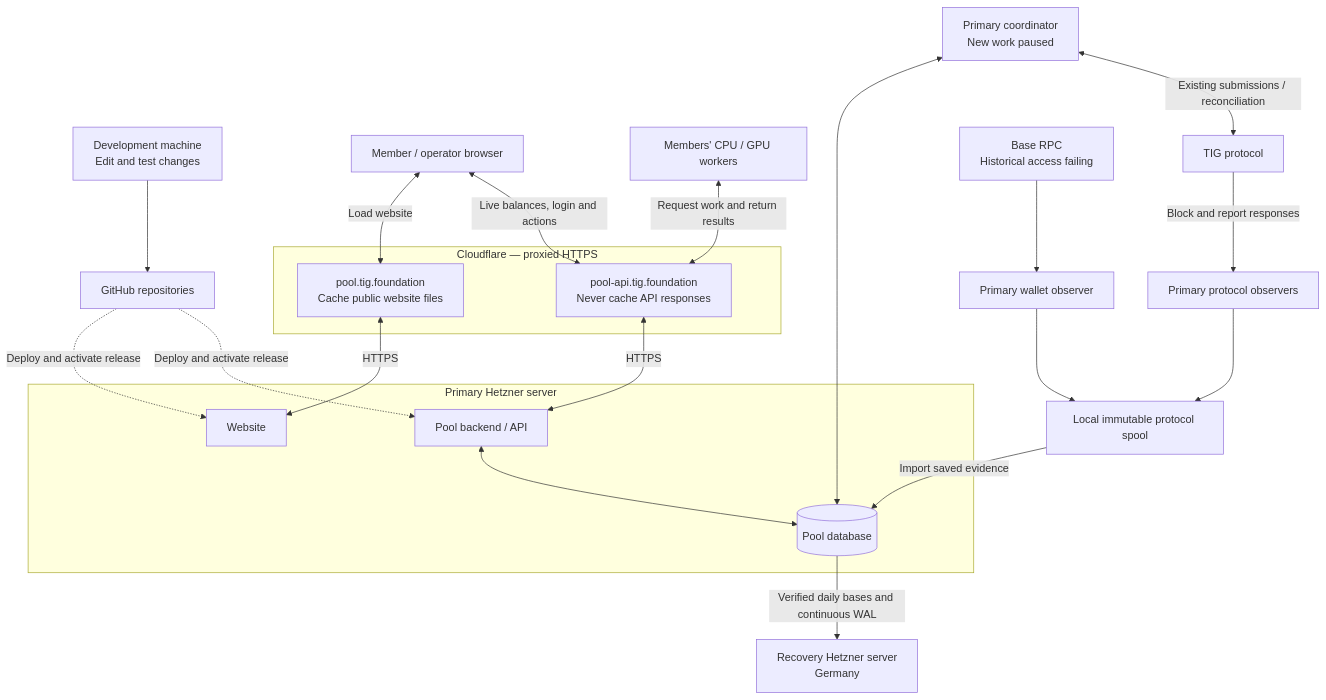
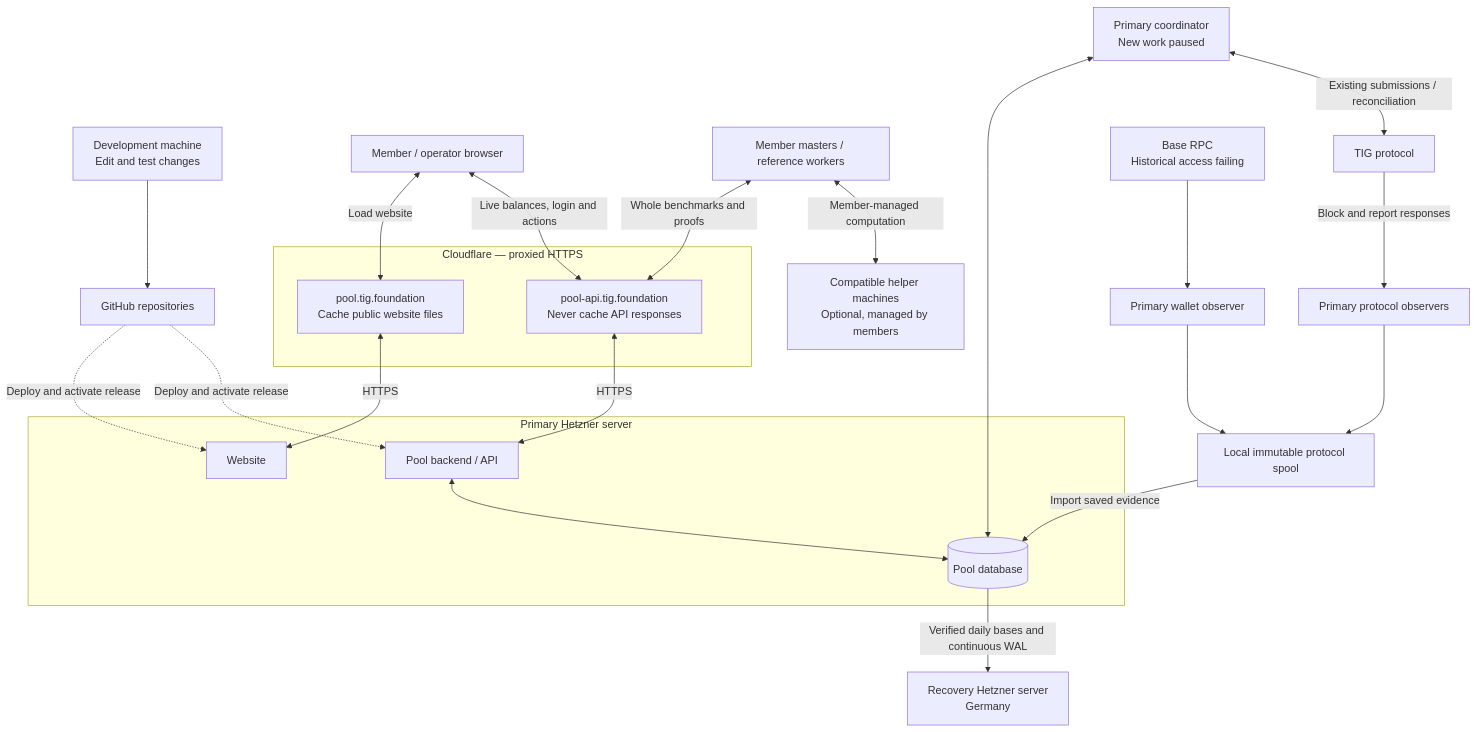
One commit to Daniel-T-S-Adams/tig-pool-v2 changed the diagram in docs/POOL_STRUCTURE.md. Above: the diagram before and after it, drawn with Mermaid. The commit also changed other lines of this file and 8 other files, not shown here.

Commit message:
Document member-managed master benchmark execution

````diff
--- a/docs/POOL_STRUCTURE.md
+++ b/docs/POOL_STRUCTURE.md
@@ -8,34 +9,35 @@
 ```mermaid
 flowchart TD
     Dev["Development machine<br/>Edit and test changes"] --> Git["GitHub repositories"]
     Git -.->|Deploy and activate release| Website
     Git -.->|Deploy and activate release| API
 
     Browser["Member / operator browser"] <-->|Load website| WebProxy
     Browser <-->|Live balances, login and actions| ApiProxy
-    Workers["Members' CPU / GPU workers"] <-->|Request work and return results| ApiProxy
+    Workers["Member masters / reference workers"] <-->|Whole benchmarks and proofs| ApiProxy
+    Workers <-->|Member-managed computation| Helpers["Compatible helper machines<br/>Optional, managed by members"]
 
     subgraph Cloudflare["Cloudflare — proxied HTTPS"]
         WebProxy["pool.tig.foundation<br/>Cache public website files"]
         ApiProxy["pool-api.tig.foundation<br/>Never cache API responses"]
     end
 
     WebProxy <-->|HTTPS| Website
     ApiProxy <-->|HTTPS| API
 
     subgraph Primary["Primary Hetzner server"]
         Website["Website"]
         API["Pool backend / API"]
         DB[("Pool database")]
         API <--> DB
     end
 
     Coordinator["Primary coordinator<br/>New work paused"] <--> DB
     Coordinator <-->|Existing submissions / reconciliation| TIG["TIG protocol"]
     TIG -->|Block and report responses| Observers["Primary protocol observers"]
     Base["Base RPC<br/>Historical access failing"] --> Wallet["Primary wallet observer"]
     Observers --> Spool["Local immutable protocol spool"]
     Wallet --> Spool
     Spool -->|Import saved evidence| DB
     DB -->|Verified daily bases and continuous WAL| Backup["Recovery Hetzner server<br/>Germany"]
 ```
````
